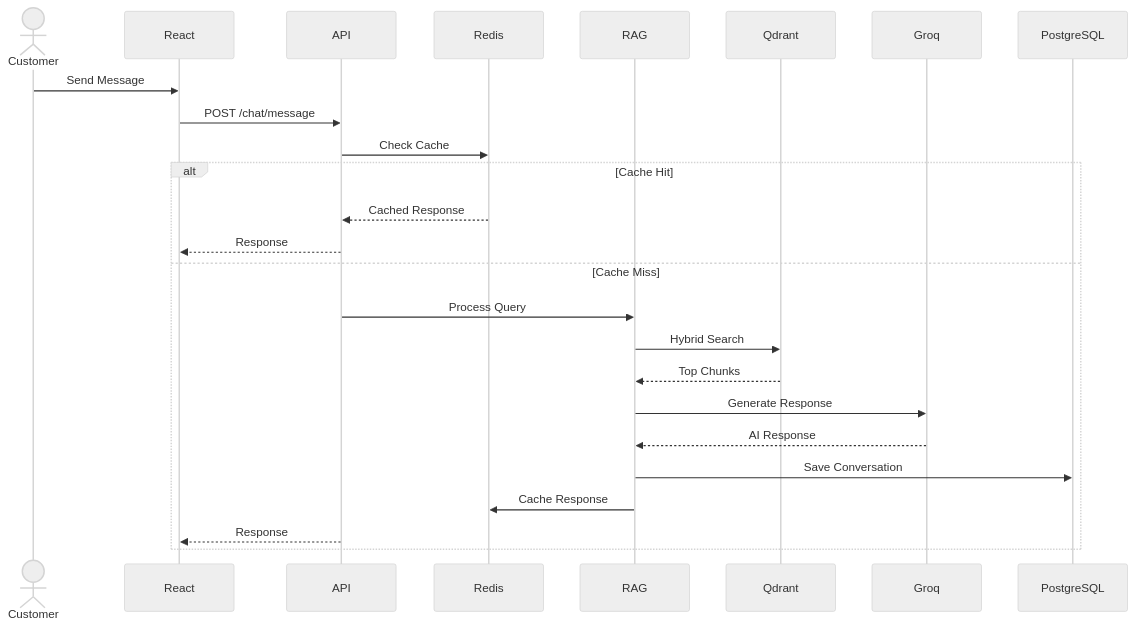
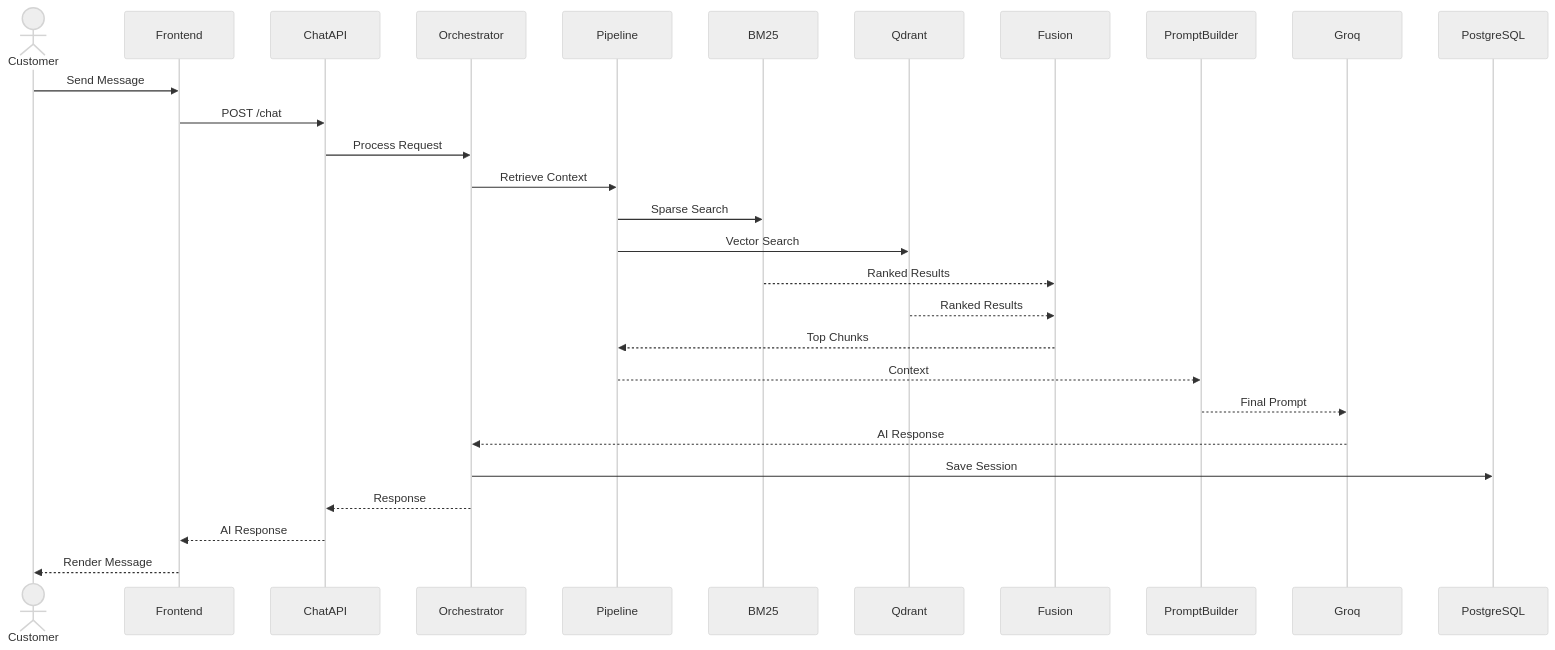
The tenth of 30 diagrams in support_ai_project_architecture.md (Prithunandananks/SupportAI), drawn with Mermaid (neutral theme) before and after one commit. The commit also changed other lines of this file, not shown here.

Commit message:
Update fmt.Println message from 'Hello' to 'Goodbye'

````diff
--- a/support_ai_project_architecture.md
+++ b/support_ai_project_architecture.md
@@ -520,51 +1375,48 @@
 ```mermaid
 sequenceDiagram
 
 actor Customer
 
-participant React
-
-participant API
-
-participant Redis
-
-participant RAG
-
+participant Frontend
+participant ChatAPI
+participant Orchestrator
+participant Pipeline
+participant BM25
 participant Qdrant
-
+participant Fusion
+participant PromptBuilder
 participant Groq
-
 participant PostgreSQL
 
-Customer->>React: Send Message
+Customer->>Frontend: Send Message
 
-React->>API: POST /chat/message
+Frontend->>ChatAPI: POST /chat
 
-API->>Redis: Check Cache
+ChatAPI->>Orchestrator: Process Request
 
-alt Cache Hit
+Orchestrator->>Pipeline: Retrieve Context
 
-Redis-->>API: Cached Response
+Pipeline->>BM25: Sparse Search
 
-API-->>React: Response
+Pipeline->>Qdrant: Vector Search
 
-else Cache Miss
+BM25-->>Fusion: Ranked Results
 
-API->>RAG: Process Query
+Qdrant-->>Fusion: Ranked Results
 
-RAG->>Qdrant: Hybrid Search
+Fusion-->>Pipeline: Top Chunks
 
-Qdrant-->>RAG: Top Chunks
+Pipeline-->>PromptBuilder: Context
 
-RAG->>Groq: Generate Response
+PromptBuilder-->>Groq: Final Prompt
 
-Groq-->>RAG: AI Response
+Groq-->>Orchestrator: AI Response
 
-RAG->>PostgreSQL: Save Conversation
+Orchestrator->>PostgreSQL: Save Session
 
-RAG->>Redis: Cache Response
+Orchestrator-->>ChatAPI: Response
 
-API-->>React: Response
+ChatAPI-->>Frontend: AI Response
 
-end
+Frontend-->>Customer: Render Message
 ```
````
